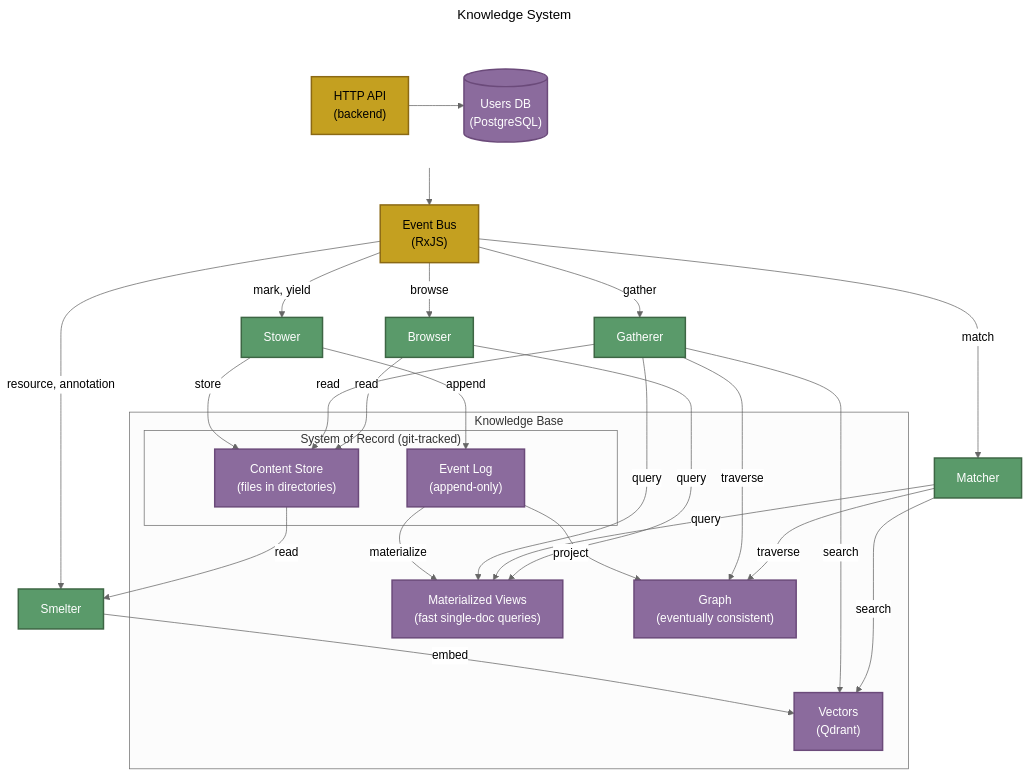
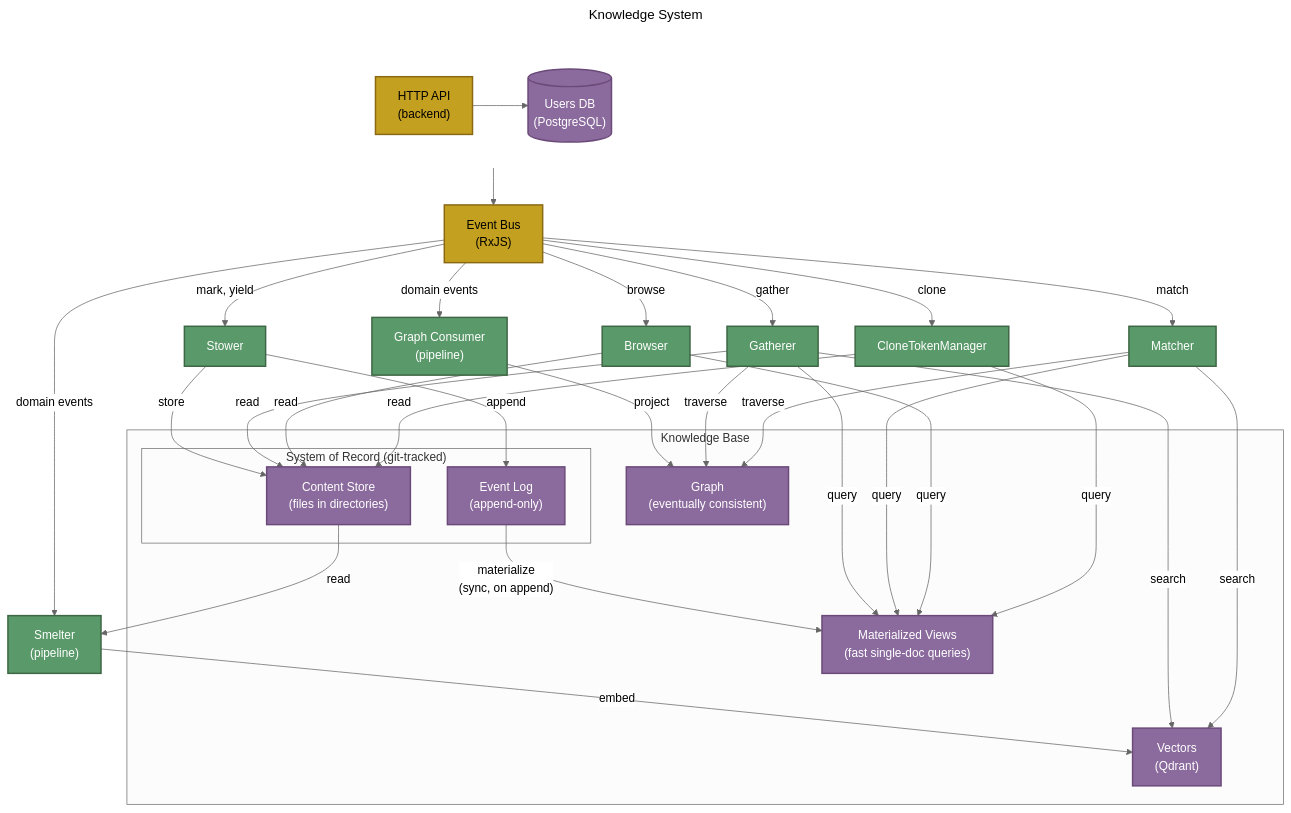
The diagram in docs/system/KNOWLEDGE-SYSTEM.md (The-AI-Alliance/semiont), drawn with Mermaid (neutral theme) before and after one commit. The commit also changed other lines of this file and 55 other files, not shown here.

````diff
--- a/docs/system/KNOWLEDGE-SYSTEM.md
+++ b/docs/system/KNOWLEDGE-SYSTEM.md
@@ -11,62 +18,67 @@
 ```mermaid
 ---
 title: Knowledge System
 ---
 graph TB
     subgraph top [" "]
         direction LR
         API["HTTP API<br/>(backend)"]
         DB[("Users DB<br/>(PostgreSQL)")]
     end
     BE["Event Bus<br/>(RxJS)"]
 
     API --> BE
     API --> DB
 
     BE -->|"mark, yield"| STOWER["Stower"]
     BE -->|"gather"| GATHERER["Gatherer"]
     BE -->|"match"| MATCHER["Matcher"]
     BE -->|"browse"| BROWSER["Browser"]
-    BE -->|"resource, annotation"| SMELTER["Smelter"]
+    BE -->|"clone"| CTM["CloneTokenManager"]
+    BE -->|"domain events"| GC["Graph Consumer<br/>(pipeline)"]
+    BE -->|"domain events"| SMELTER["Smelter<br/>(pipeline)"]
 
     STOWER -->|append| EVENTLOG
     STOWER -->|store| CONTENT
 
+    GC -->|project| GRAPH
     SMELTER -->|embed| VECTORS
     CONTENT -->|read| SMELTER
 
     subgraph kb ["Knowledge Base"]
         subgraph sor ["System of Record (git-tracked)"]
             EVENTLOG["Event Log<br/>(append-only)"]
             CONTENT["Content Store<br/>(files in directories)"]
         end
         VIEWS["Materialized Views<br/>(fast single-doc queries)"]
         GRAPH["Graph<br/>(eventually consistent)"]
         VECTORS["Vectors<br/>(Qdrant)"]
 
-        EVENTLOG -->|materialize| VIEWS
-        EVENTLOG -->|project| GRAPH
+        EVENTLOG -->|"materialize<br/>(sync, on append)"| VIEWS
     end
 
     GATHERER -->|query| VIEWS
     GATHERER -->|read| CONTENT
     GATHERER -->|traverse| GRAPH
     GATHERER -->|search| VECTORS
 
     MATCHER -->|query| VIEWS
     MATCHER -->|traverse| GRAPH
     MATCHER -->|search| VECTORS
 
     BROWSER -->|query| VIEWS
     BROWSER -->|read| CONTENT
 
+    CTM -->|query| VIEWS
+    CTM -->|read| CONTENT
+
     classDef backend fill:#c4a020,stroke:#8b6914,stroke-width:2px,color:#000
     classDef store fill:#8b6b9d,stroke:#6b4a7a,stroke-width:2px,color:#fff
     classDef worker fill:#5a9a6a,stroke:#3d6644,stroke-width:2px,color:#fff
 
     class API,BE backend
     class DB,EVENTLOG,VIEWS,CONTENT,GRAPH,VECTORS store
-    class STOWER,GATHERER,MATCHER,BROWSER,SMELTER worker
+    class STOWER,GATHERER,MATCHER,BROWSER,CTM,GC,SMELTER worker
 
     style top fill:none,stroke:none
 ```
````
